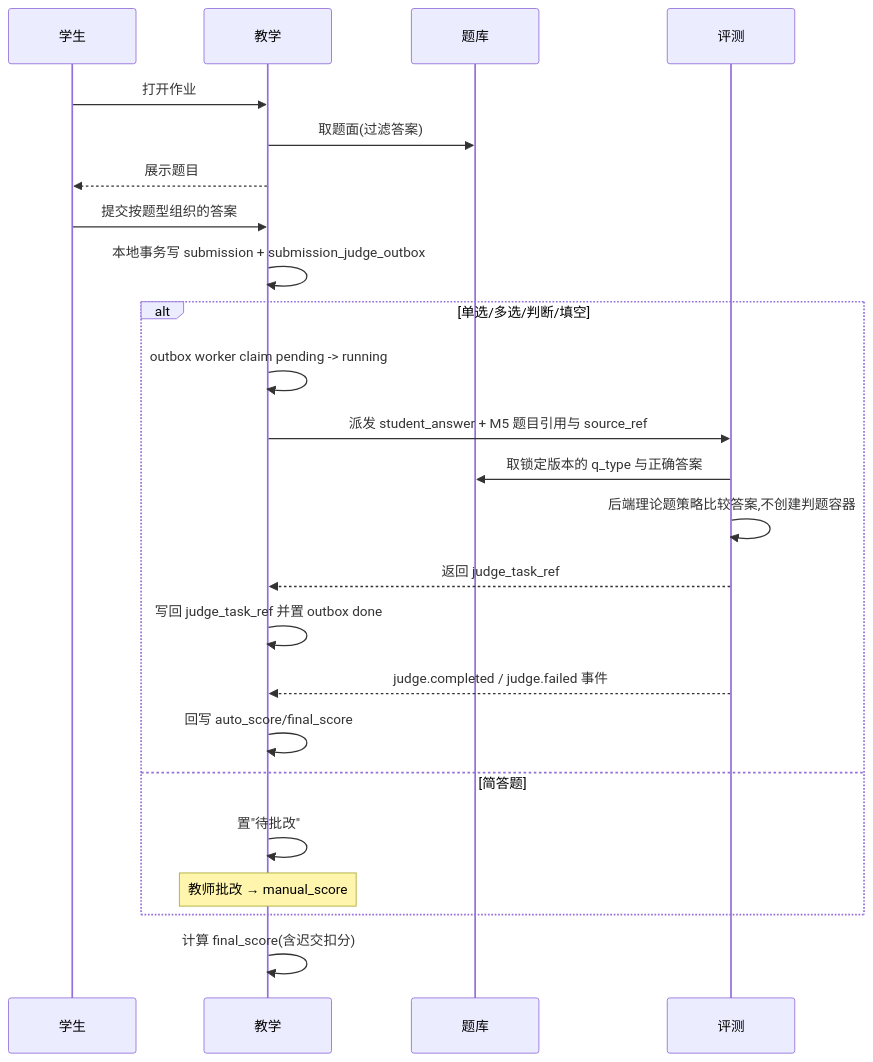
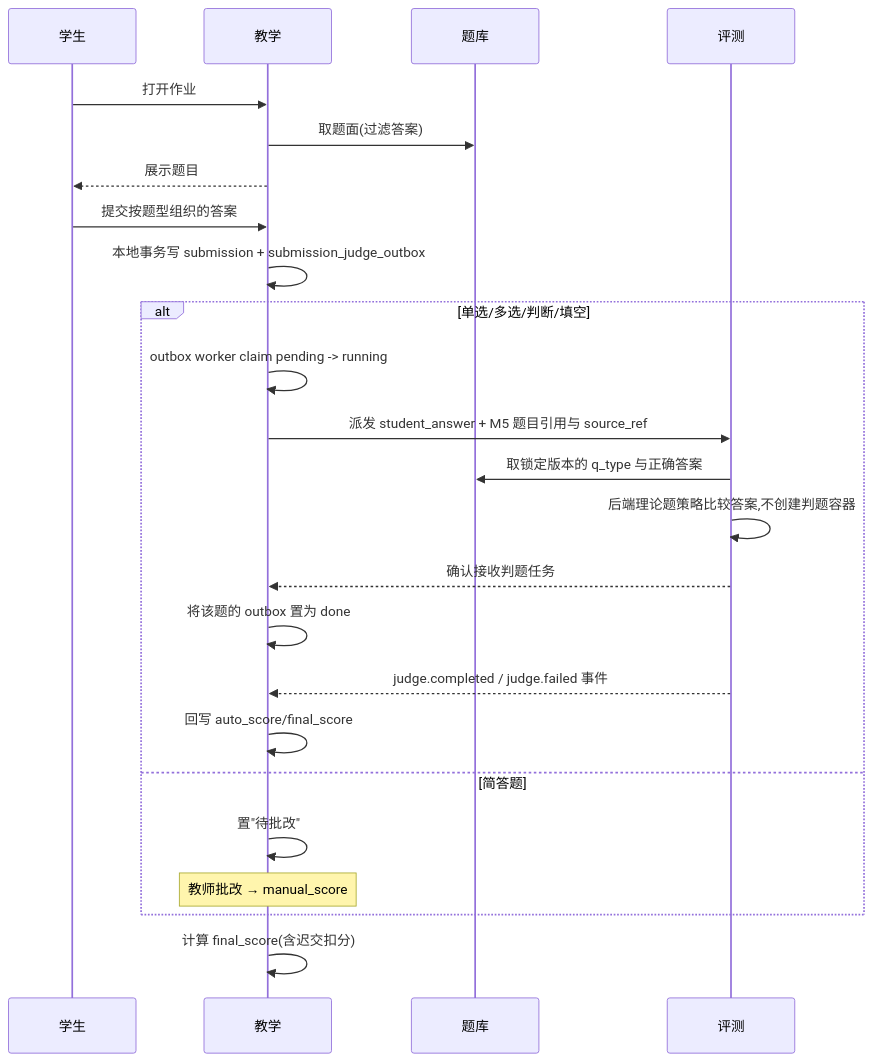
The third of 7 diagrams in docs/06-教学/05-业务流程与状态机.md (menghuishisan/CHAIMIR), drawn with Mermaid before and after one commit. The commit also changed other lines of this file and 995 other files, not shown here.

````diff
--- a/docs/06-教学/05-业务流程与状态机.md
+++ b/docs/06-教学/05-业务流程与状态机.md
@@ -42,26 +42,26 @@
 ```mermaid
 sequenceDiagram
     participant S as 学生
     participant M6 as 教学
     participant M5 as 题库
     participant M3 as 评测
     S->>M6: 打开作业
     M6->>M5: 取题面(过滤答案)
     M6-->>S: 展示题目
     S->>M6: 提交按题型组织的答案
     M6->>M6: 本地事务写 submission + submission_judge_outbox
     alt 单选/多选/判断/填空
         M6->>M6: outbox worker claim pending -> running
         M6->>M3: 派发 student_answer + M5 题目引用与 source_ref
         M3->>M5: 取锁定版本的 q_type 与正确答案
         M3->>M3: 后端理论题策略比较答案,不创建判题容器
-        M3-->>M6: 返回 judge_task_ref
-        M6->>M6: 写回 judge_task_ref 并置 outbox done
+        M3-->>M6: 确认接收判题任务
+        M6->>M6: 将该题的 outbox 置为 done
         M3-->>M6: judge.completed / judge.failed 事件
         M6->>M6: 回写 auto_score/final_score
     else 简答题
         M6->>M6: 置"待批改"
         Note over M6: 教师批改 → manual_score
     end
     M6->>M6: 计算 final_score(含迟交扣分)
 ```
````
